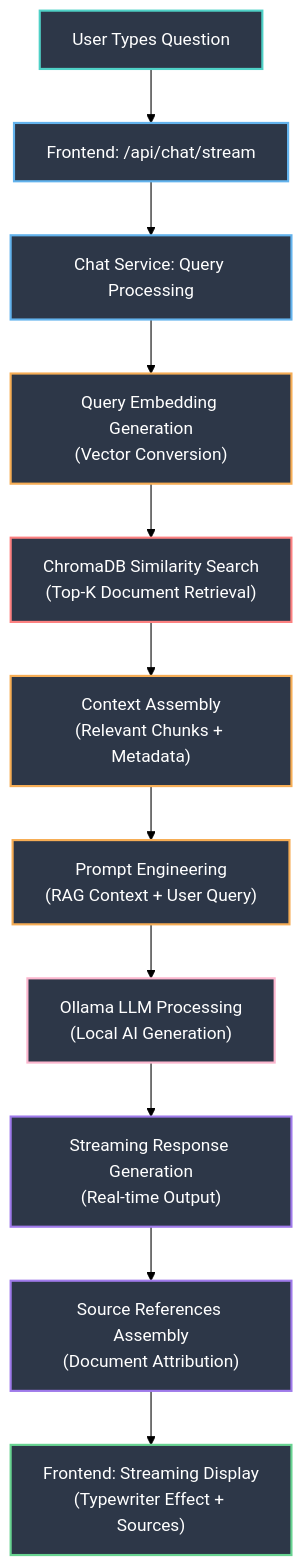
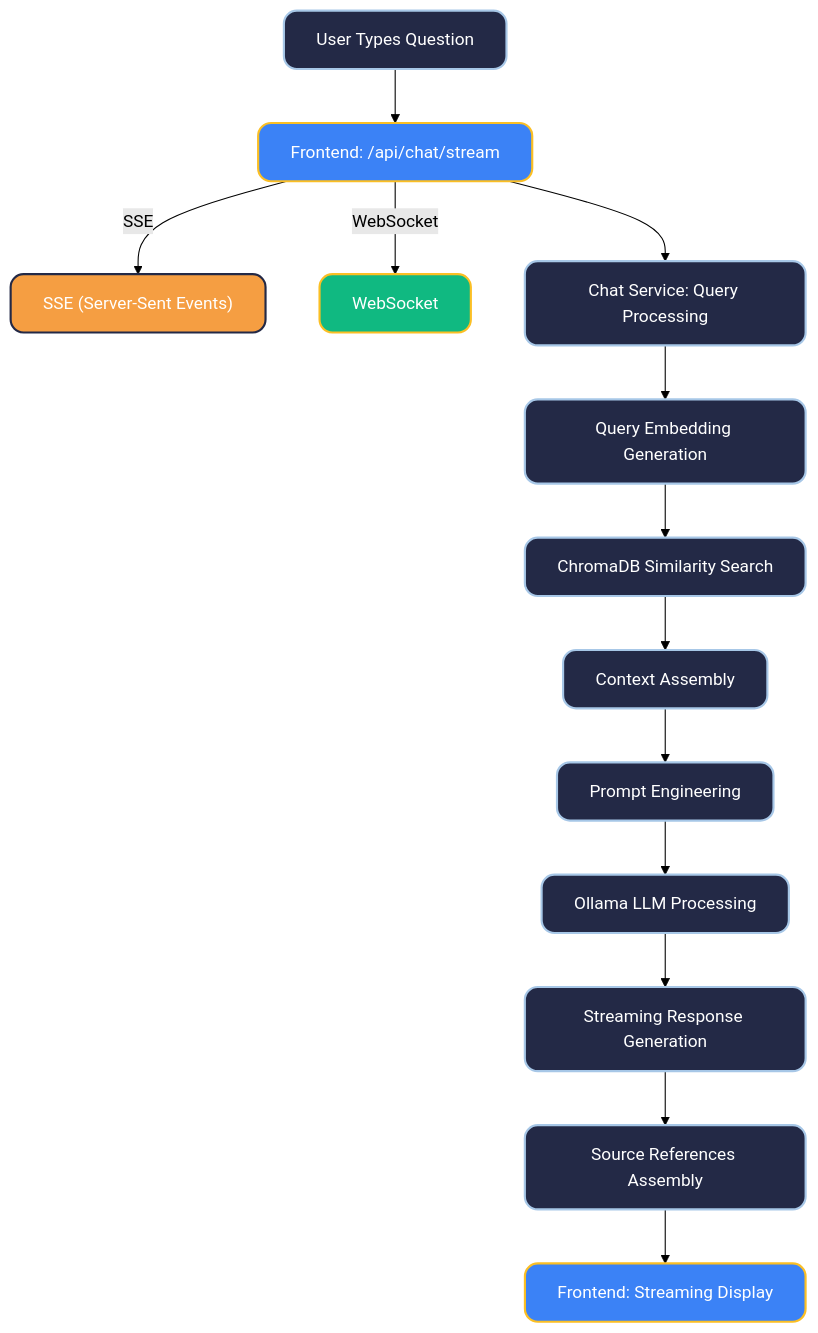
Before and after one commit to narenallam/chatbot: the third of 3 diagrams in README.md, drawn with Mermaid (forest theme). The commit also changed other lines of this file and 4 other files, not shown here.

````diff
--- a/README.md
+++ b/README.md
@@ -103,25 +97,19 @@
 ```mermaid
-graph TD
-    A["User Types Question"] --> B["Frontend: /api/chat/stream"]
-    B --> C["Chat Service: Query Processing"]
-    C --> D["Query Embedding Generation<br/>(Vector Conversion)"]
-    D --> E["ChromaDB Similarity Search<br/>(Top-K Document Retrieval)"]
-    E --> F["Context Assembly<br/>(Relevant Chunks + Metadata)"]
-    F --> G["Prompt Engineering<br/>(RAG Context + User Query)"]
-    G --> H["Ollama LLM Processing<br/>(Local AI Generation)"]
-    H --> I["Streaming Response Generation<br/>(Real-time Output)"]
-    I --> J["Source References Assembly<br/>(Document Attribution)"]
-    J --> K["Frontend: Streaming Display<br/>(Typewriter Effect + Sources)"]
-    
-    style A fill:#2d3748,stroke:#4fd1c7,stroke-width:2px,color:#ffffff
-    style B fill:#2d3748,stroke:#63b3ed,stroke-width:2px,color:#ffffff
-    style C fill:#2d3748,stroke:#63b3ed,stroke-width:2px,color:#ffffff
-    style D fill:#2d3748,stroke:#f6ad55,stroke-width:2px,color:#ffffff
-    style E fill:#2d3748,stroke:#fc8181,stroke-width:2px,color:#ffffff
-    style F fill:#2d3748,stroke:#f6ad55,stroke-width:2px,color:#ffffff
-    style G fill:#2d3748,stroke:#f6ad55,stroke-width:2px,color:#ffffff
-    style H fill:#2d3748,stroke:#fbb6ce,stroke-width:2px,color:#ffffff
-    style I fill:#2d3748,stroke:#9f7aea,stroke-width:2px,color:#ffffff
-    style J fill:#2d3748,stroke:#9f7aea,stroke-width:2px,color:#ffffff
-    style K fill:#2d3748,stroke:#68d391,stroke-width:2px,color:#ffffff
+flowchart TD
+  classDef rounded fill:#232946,stroke:#a7c7e7,stroke-width:2px,color:#fff,rx:12,ry:12;
+  classDef accent fill:#3b82f6,stroke:#fbbf24,stroke-width:2px,color:#fff,rx:12,ry:12;
+  classDef ws fill:#10b981,stroke:#fbbf24,stroke-width:2px,color:#fff,rx:12,ry:12;
+  classDef sse fill:#f59e42,stroke:#232946,stroke-width:2px,color:#fff,rx:12,ry:12;
+  A["User Types Question"]:::rounded --> B["Frontend: /api/chat/stream"]:::accent
+  B-->|SSE|SSE["SSE (Server-Sent Events)"]:::sse
+  B-->|WebSocket|WS["WebSocket"]:::ws
+  B --> C["Chat Service: Query Processing"]:::rounded
+  C --> D["Query Embedding Generation"]:::rounded
+  D --> E["ChromaDB Similarity Search"]:::rounded
+  E --> F["Context Assembly"]:::rounded
+  F --> G["Prompt Engineering"]:::rounded
+  G --> H["Ollama LLM Processing"]:::rounded
+  H --> I["Streaming Response Generation"]:::rounded
+  I --> J["Source References Assembly"]:::rounded
+  J --> K["Frontend: Streaming Display"]:::accent
 ```
````
